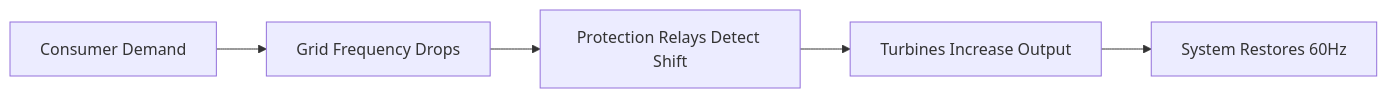
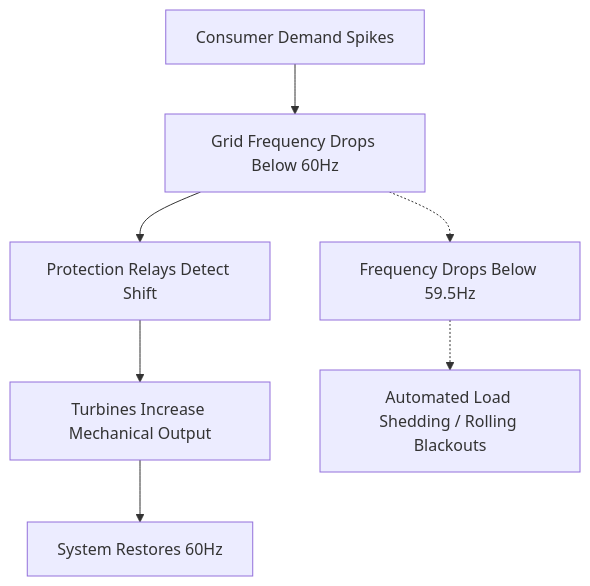
One commit to 07AMIT10/chaitra changed the diagram in drishti/studies/POWER_GRIDS/README.md. Above: the diagram before and after it, drawn with Mermaid. The commit also changed other lines of this file and 127 other files, not shown here.

````diff
--- a/drishti/studies/POWER_GRIDS/README.md
+++ b/drishti/studies/POWER_GRIDS/README.md
@@ -13,7 +17,9 @@
 ```mermaid
-flowchart LR
-  Demand[Consumer Demand] --> Frequency[Grid Frequency Drops]
+flowchart TD
+  Demand[Consumer Demand Spikes] --> Frequency[Grid Frequency Drops Below 60Hz]
   Frequency --> Sensors[Protection Relays Detect Shift]
-  Sensors --> Generation[Turbines Increase Output]
+  Sensors --> Generation[Turbines Increase Mechanical Output]
   Generation --> Stability[System Restores 60Hz]
+  Frequency -.-> Failure[Frequency Drops Below 59.5Hz]
+  Failure -.-> LoadShed[Automated Load Shedding / Rolling Blackouts]
 ```
````
